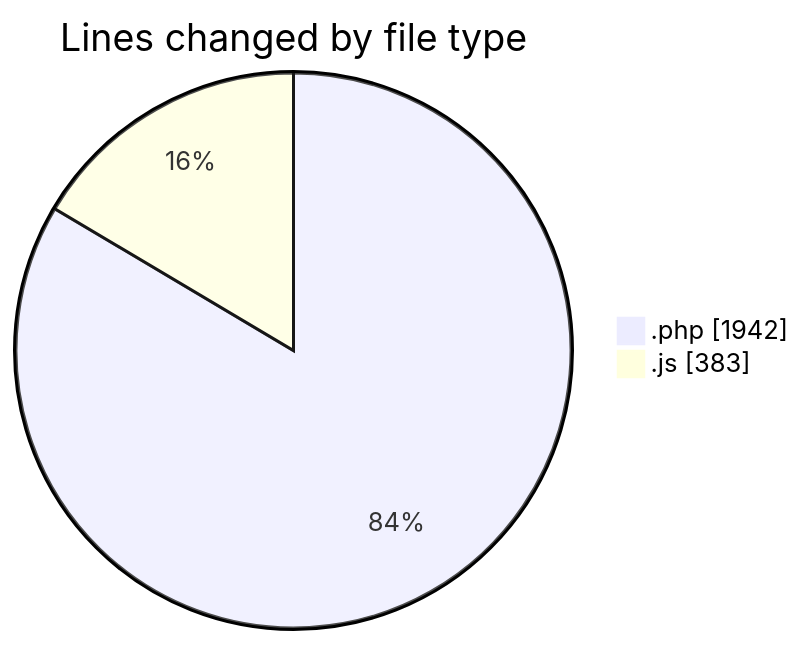
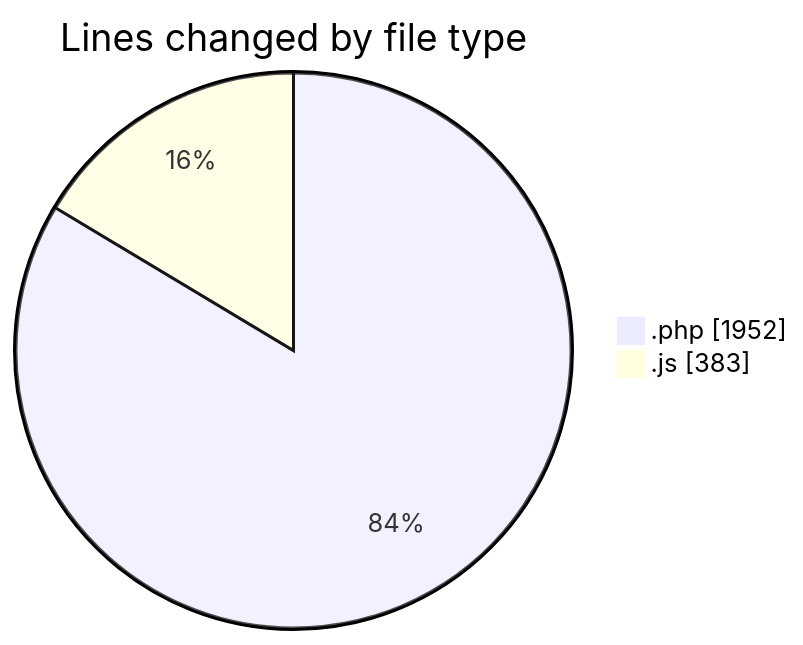
The first of 2 diagrams in 2026-07-13/wp-content/README.md (debugP/code-tracking), drawn with Mermaid before and after one commit. The commit also changed other lines of this file and 1 other file, not shown here.

````diff
--- a/2026-07-13/wp-content/README.md
+++ b/2026-07-13/wp-content/README.md
@@ -21,6 +21,6 @@
 ```mermaid
 pie showData
 title Lines changed by file type
-".php" : 1942
+".php" : 1952
 ".js" : 383
 ```
````
